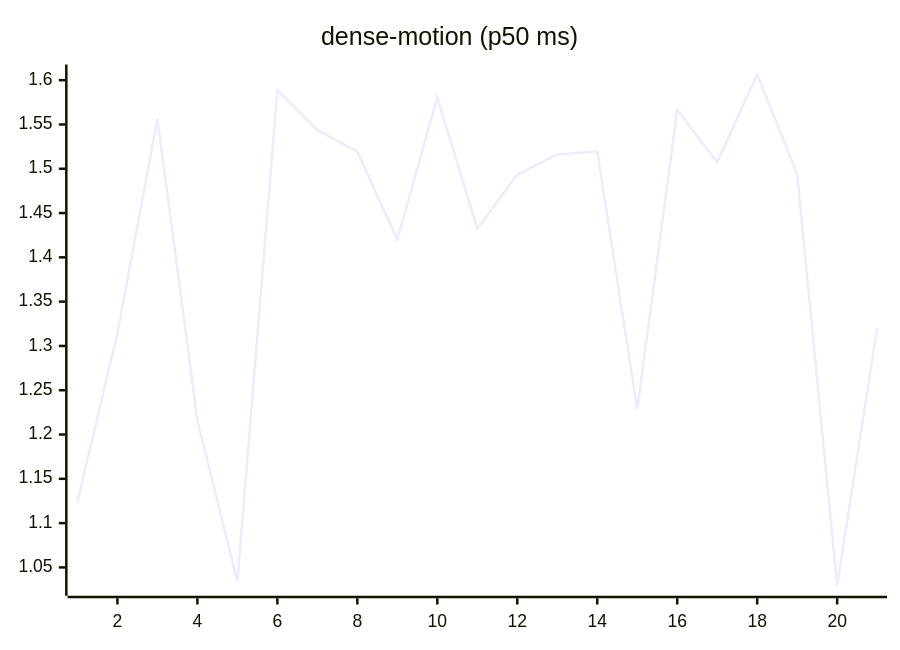
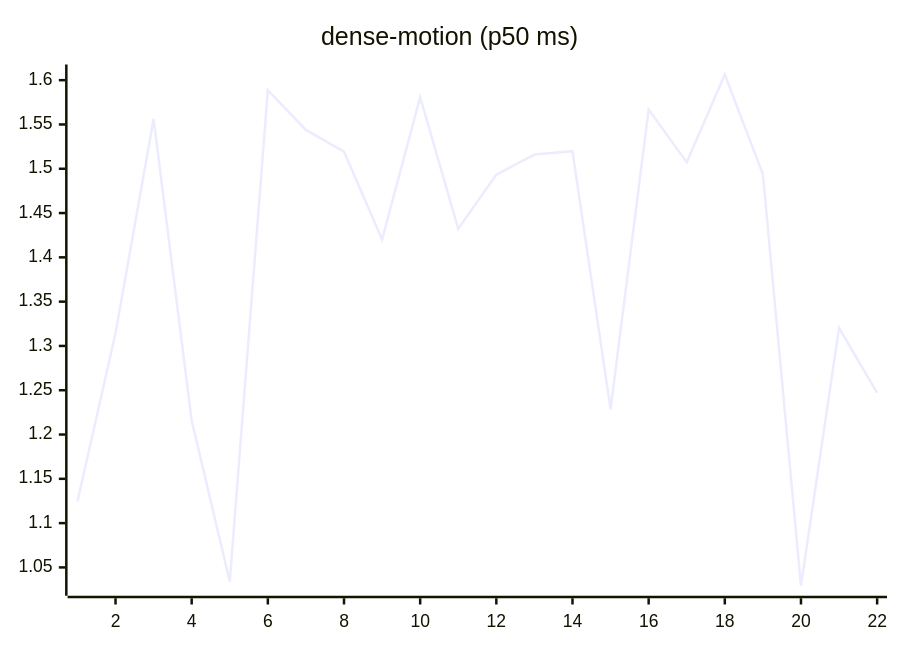
One commit to josha/Facet changed the ninth of 27 diagrams in README.md. Above: the diagram before and after it, drawn with Mermaid. The commit also changed other lines of this file and 2 other files, not shown here.

````diff
--- a/README.md
+++ b/README.md
@@ -119,6 +119,6 @@
 ```mermaid
 xychart-beta
     title "dense-motion (p50 ms)"
-    x-axis 1 --> 21
-    line [1.1243, 1.3144, 1.5562, 1.2159, 1.0340, 1.5887, 1.5438, 1.5193, 1.4201, 1.5809, 1.4323, 1.4933, 1.5160, 1.5198, 1.2285, 1.5668, 1.5073, 1.6064, 1.4938, 1.0293, 1.3202]
+    x-axis 1 --> 22
+    line [1.1243, 1.3144, 1.5562, 1.2159, 1.0340, 1.5887, 1.5438, 1.5193, 1.4201, 1.5809, 1.4323, 1.4933, 1.5160, 1.5198, 1.2285, 1.5668, 1.5073, 1.6064, 1.4938, 1.0293, 1.3202, 1.2469]
 ```
````
